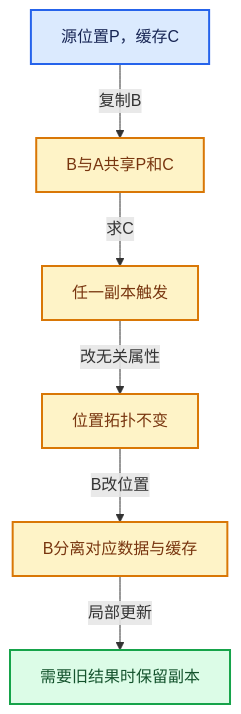
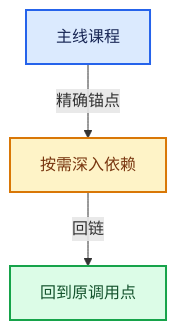
Before and after one commit to yunkezengren/blender-.vscode: the second of 2 diagrams in 杂/markdown/全面学习-codex/06-隐式共享与缓存系统/README.md, drawn with Mermaid. The commit also changed other lines of this file and 1930 other files, not shown here.

````diff
--- a/杂/markdown/全面学习-codex/06-隐式共享与缓存系统/README.md
+++ b/杂/markdown/全面学习-codex/06-隐式共享与缓存系统/README.md
@@ -51,20 +44,14 @@
 ```mermaid
 flowchart TB
-  T0["源位置P，缓存C"]:::input
-  T1["B与A共享P和C"]:::compute
-  T2["任一副本触发"]:::compute
-  T3["位置拓扑不变"]:::compute
-  T4["B分离对应数据与缓存"]:::compute
-  T5["需要旧结果时保留副本"]:::result
-  T0 -->|"复制B"| T1
-  T1 -->|"求C"| T2
-  T2 -->|"改无关属性"| T3
-  T3 -->|"B改位置"| T4
-  T4 -->|"局部更新"| T5
+  P["主线课程"]:::input
+  D["按需深入依赖"]:::compute
+  R["回到原调用点"]:::result
+  P -->|"精确锚点"| D
+  D -->|"回链"| R
   classDef input fill:#DBEAFE,stroke:#2563EB,color:#172554,stroke-width:2px;
   classDef data fill:#CFFAFE,stroke:#0891B2,color:#164E63,stroke-width:2px;
   classDef abstraction fill:#EDE9FE,stroke:#7C3AED,color:#3B0764,stroke-width:2px;
   classDef compute fill:#FEF3C7,stroke:#D97706,color:#78350F,stroke-width:2px;
   classDef result fill:#DCFCE7,stroke:#16A34A,color:#14532D,stroke-width:2px;
   classDef error fill:#FEE2E2,stroke:#DC2626,color:#7F1D1D,stroke-width:2px;
 ```
````
